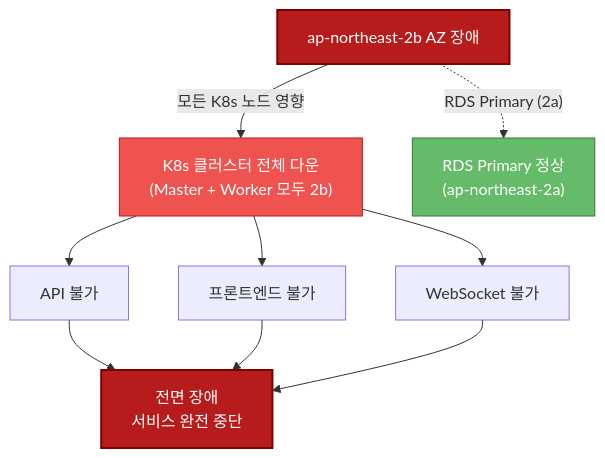
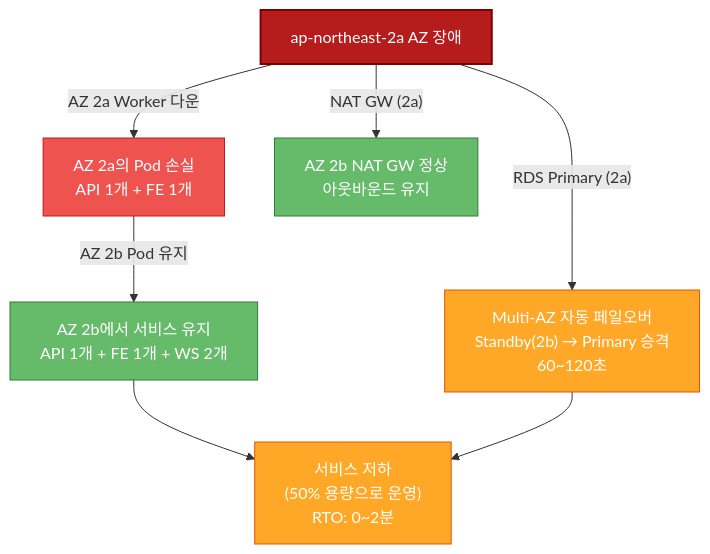
The tenth of 17 diagrams in report.md (80-hours-a-week/2-cho-community-infra), drawn with Mermaid before and after one commit. The commit also changed other lines of this file and 1 other file, not shown here.

````diff
--- a/report.md
+++ b/report.md
@@ -502,20 +543,21 @@
 ```mermaid
 flowchart TD
-    AZ_Fail["ap-northeast-2b AZ 장애"]
+    AZ_Fail["ap-northeast-2a AZ 장애"]
 
-    AZ_Fail -->|"모든 K8s 노드 영향"| K8s_Down["K8s 클러스터 전체 다운<br/>(Master + Worker 모두 2b)"]
-    K8s_Down --> API_Down["API 불가"]
-    K8s_Down --> FE_Down["프론트엔드 불가"]
-    K8s_Down --> WS_Down["WebSocket 불가"]
+    AZ_Fail -->|"AZ 2a Worker 다운"| Pod_Loss["AZ 2a의 Pod 손실<br/>API 1개 + FE 1개"]
+    Pod_Loss -->|"AZ 2b Pod 유지"| Survive["AZ 2b에서 서비스 유지<br/>API 1개 + FE 1개 + WS 2개"]
 
-    API_Down --> Total["전면 장애<br/>서비스 완전 중단"]
-    FE_Down --> Total
-    WS_Down --> Total
+    AZ_Fail -->|"RDS Primary (2a)"| RDS_Failover["Multi-AZ 자동 페일오버<br/>Standby(2b) → Primary 승격<br/>60~120초"]
 
-    AZ_Fail -.->|"RDS Primary (2a)"| RDS_OK["RDS Primary 정상<br/>(ap-northeast-2a)"]
+    AZ_Fail -->|"NAT GW (2a)"| NAT_OK["AZ 2b NAT GW 정상<br/>아웃바운드 유지"]
+
+    Survive --> Degraded["서비스 저하<br/>(50% 용량으로 운영)<br/>RTO: 0~2분"]
+    RDS_Failover --> Degraded
 
     style AZ_Fail fill:#b71c1c,color:#fff,stroke:#7f0000,stroke-width:2px
-    style K8s_Down fill:#ef5350,color:#fff,stroke:#b71c1c
-    style Total fill:#b71c1c,color:#fff,stroke:#7f0000,stroke-width:2px
-    style RDS_OK fill:#66bb6a,color:#fff,stroke:#2e7d32
+    style Pod_Loss fill:#ef5350,color:#fff,stroke:#b71c1c
+    style Survive fill:#66bb6a,color:#fff,stroke:#2e7d32
+    style RDS_Failover fill:#ffa726,color:#fff,stroke:#e65100
+    style NAT_OK fill:#66bb6a,color:#fff,stroke:#2e7d32
+    style Degraded fill:#ffa726,color:#fff,stroke:#e65100
 ```
````
